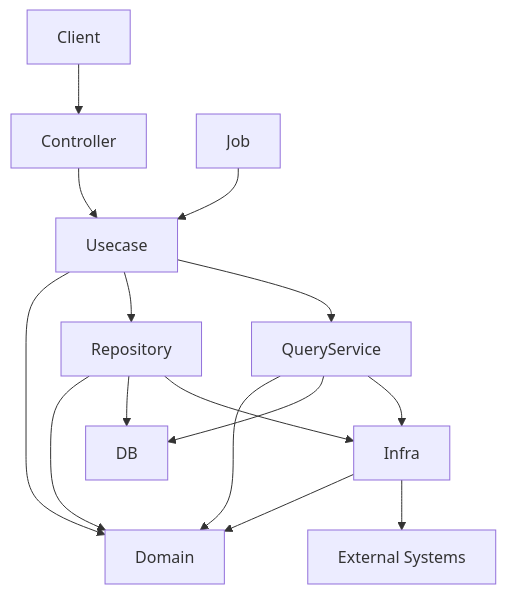
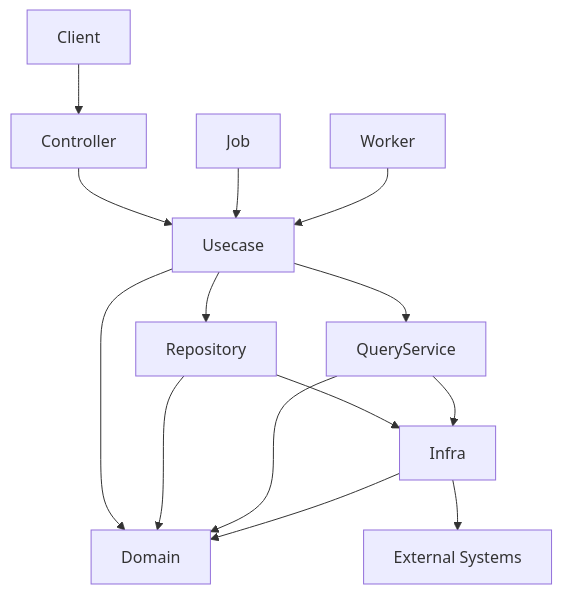
The diagram in README.ja.md (Tomy-ch/go-boilerplate), drawn with Mermaid before and after one commit. The commit also changed other lines of this file and 1 other file, not shown here.

````diff
--- a/README.ja.md
+++ b/README.ja.md
@@ -132,24 +111,21 @@
 ```mermaid
 flowchart TB
 
 Client --> Controller
-
 Controller --> Usecase
 Job --> Usecase
+Worker --> Usecase
 
 Usecase --> Domain
 Usecase --> Repository
 Usecase --> QueryService
 
 Repository --> Domain
 QueryService --> Domain
 
-Repository --> DB
-QueryService --> DB
-
 Repository --> Infra
 QueryService --> Infra
 
 Infra --> Domain
 Infra --> External["External Systems"]
 ```
````
